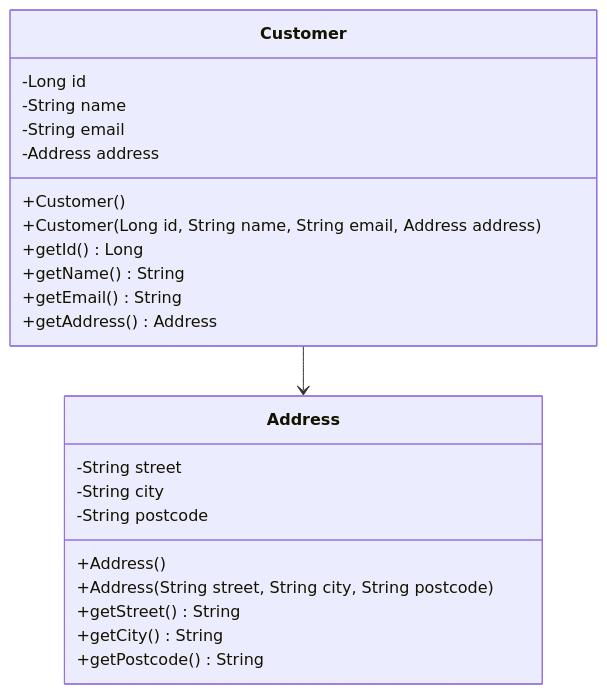
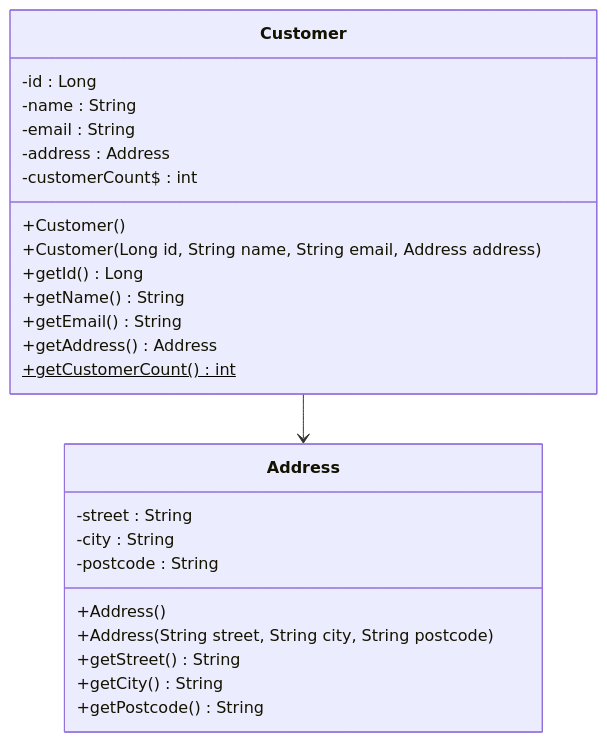
Before and after one commit to MY-akeel/product-api: the diagram in docs/uml/CustomerAddress.md, drawn with Mermaid. The commit also changed 1 other file, not shown here.

Commit message:
Tutorial 2: added static customerCount tracking and updated Customer UML diagram

````diff
--- a/docs/uml/CustomerAddress.md
+++ b/docs/uml/CustomerAddress.md
@@ -1,28 +1,30 @@
 ```mermaid
 classDiagram
 class Customer {
-    -Long id
-    -String name
-    -String email
-    -Address address
+    -id : Long 
+    -name : String
+    -email : String
+    -address : Address
+    -customerCount$ : int
     +Customer()
     +Customer(Long id, String name, String email, Address address)
     +getId() Long
     +getName() String
     +getEmail() String
     +getAddress() Address
+    +getCustomerCount() int$
 }
 
 class Address {
-    -String street
-    -String city
-    -String postcode
+    -street : String
+    -city : String
+    -postcode : String
     +Address()
     +Address(String street, String city, String postcode)
     +getStreet() String
     +getCity() String
     +getPostcode() String
 }
 
 Customer --> Address
 ```
````
